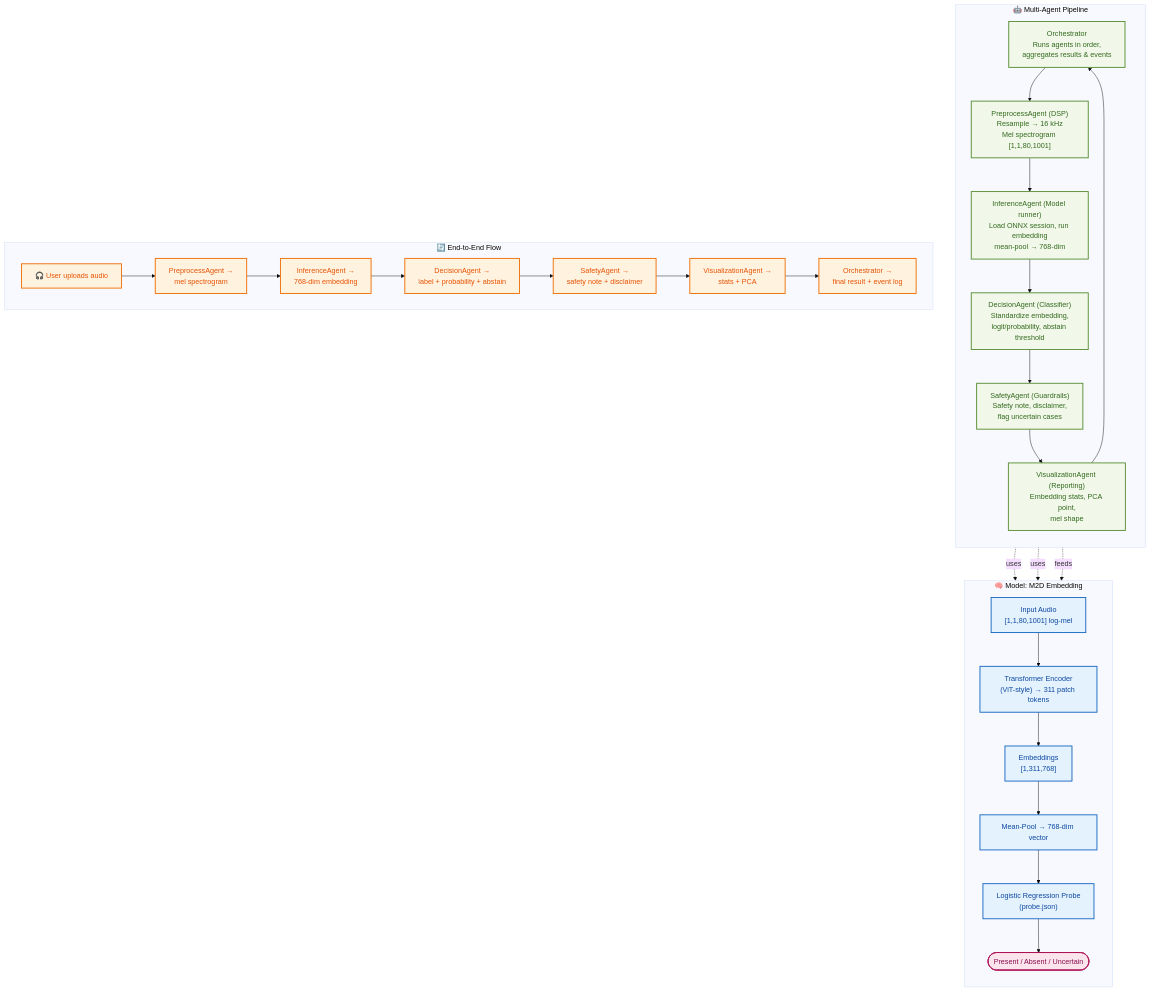
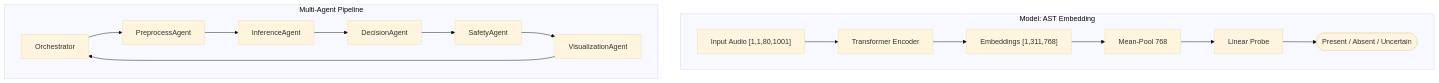
One commit to ahsanmandhar-ui/heart-murmur-pwa changed the third of 4 diagrams in README.md. Above: the diagram before and after it, drawn with Mermaid (base theme). The commit also changed other lines of this file, not shown here.

Commit message:
Update README: AST model, mermaid diagrams, contact

````diff
--- a/README.md
+++ b/README.md
@@ -79,53 +60,9 @@
 ```mermaid
 flowchart TD
-    subgraph MODEL["🧠 Model: M2D Embedding"]
-        direction TB
-        A1["Input Audio<br/>[1,1,80,1001] log-mel"]
-        A2["Transformer Encoder<br/>(ViT-style) → 311 patch tokens"]
-        A3["Embeddings<br/>[1,311,768]"]
-        A4["Mean-Pool → 768-dim vector"]
-        A5["Logistic Regression Probe<br/>(probe.json)"]
-        A6(["Present / Absent / Uncertain"])
-
-        A1 --> A2 --> A3 --> A4 --> A5 --> A6
+    subgraph MODEL["Model: AST Embedding"]
+        A1["Input Audio [1,1,80,1001]"] --> A2["Transformer Encoder"] --> A3["Embeddings [1,311,768]"] --> A4["Mean-Pool 768"] --> A5["Linear Probe"] --> A6(["Present / Absent / Uncertain"])
     end
-
-    subgraph AGENTS["🤖 Multi-Agent Pipeline"]
-        direction TB
-        O["Orchestrator<br/>Runs agents in order,<br/>aggregates results & events"]
-        P["PreprocessAgent (DSP)<br/>Resample → 16 kHz<br/>Mel spectrogram [1,1,80,1001]"]
-        I["InferenceAgent (Model runner)<br/>Load ONNX session, run embedding<br/>mean-pool → 768-dim"]
-        D["DecisionAgent (Classifier)<br/>Standardize embedding,<br/>logit/probability, abstain threshold"]
-        S["SafetyAgent (Guardrails)<br/>Safety note, disclaimer,<br/>flag uncertain cases"]
-        V["VisualizationAgent (Reporting)<br/>Embedding stats, PCA point,<br/>mel shape"]
-
-        O --> P --> I --> D --> S --> V --> O
+    subgraph AGENTS["Multi-Agent Pipeline"]
+        O["Orchestrator"] --> P["PreprocessAgent"] --> I["InferenceAgent"] --> D["DecisionAgent"] --> S["SafetyAgent"] --> V["VisualizationAgent"] --> O
     end
-
-    subgraph FLOW["🔄 End-to-End Flow"]
-        direction LR
-        U["🎧 User uploads audio"]
-        F1["PreprocessAgent →<br/>mel spectrogram"]
-        F2["InferenceAgent →<br/>768-dim embedding"]
-        F3["DecisionAgent →<br/>label + probability + abstain"]
-        F4["SafetyAgent →<br/>safety note + disclaimer"]
-        F5["VisualizationAgent →<br/>stats + PCA"]
-        F6["Orchestrator →<br/>final result + event log"]
-
-        U --> F1 --> F2 --> F3 --> F4 --> F5 --> F6
-    end
-
-    I -.uses.-> A2
-    D -.uses.-> A5
-    P -.feeds.-> A1
-
-    classDef model fill:#e3f2fd,stroke:#1565c0,stroke-width:2px,color:#0d47a1;
-    classDef agent fill:#f1f8e9,stroke:#558b2f,stroke-width:2px,color:#33691e;
-    classDef flow fill:#fff3e0,stroke:#ef6c00,stroke-width:2px,color:#e65100;
-    classDef result fill:#fce4ec,stroke:#ad1457,stroke-width:2px,color:#880e4f;
-
-    class A1,A2,A3,A4,A5 model;
-    class A6 result;
-    class O,P,I,D,S,V agent;
-    class U,F1,F2,F3,F4,F5,F6 flow;
 ```
````
